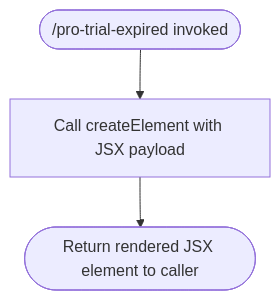
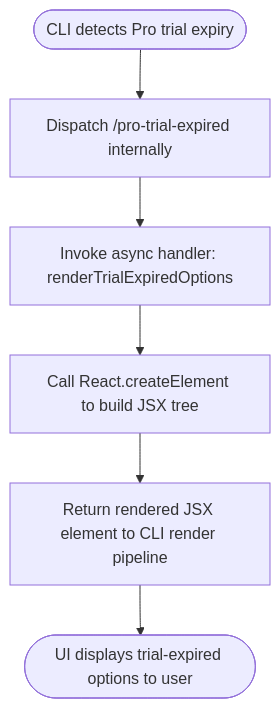
The diagram in versions/v2.1.143/pro-trial-expired.md (MyLittleLuckyDog/cc-gnothi), drawn with Mermaid before and after one commit. The commit also changed other lines of this file and 483 other files, not shown here.

````diff
--- a/versions/v2.1.143/pro-trial-expired.md
+++ b/versions/v2.1.143/pro-trial-expired.md
@@ -46,5 +61,8 @@
 ```mermaid
 flowchart TD
-    A(["/pro-trial-expired invoked"]) --> B[Call createElement with JSX payload]
-    B --> C([Return rendered JSX element to caller])
+    A([CLI detects Pro trial expiry]) --> B[Dispatch /pro-trial-expired internally]
+    B --> C[Invoke async handler: renderTrialExpiredOptions]
+    C --> D[Call React.createElement to build JSX tree]
+    D --> E[Return rendered JSX element to CLI render pipeline]
+    E --> F([UI displays trial-expired options to user])
 ```
````
